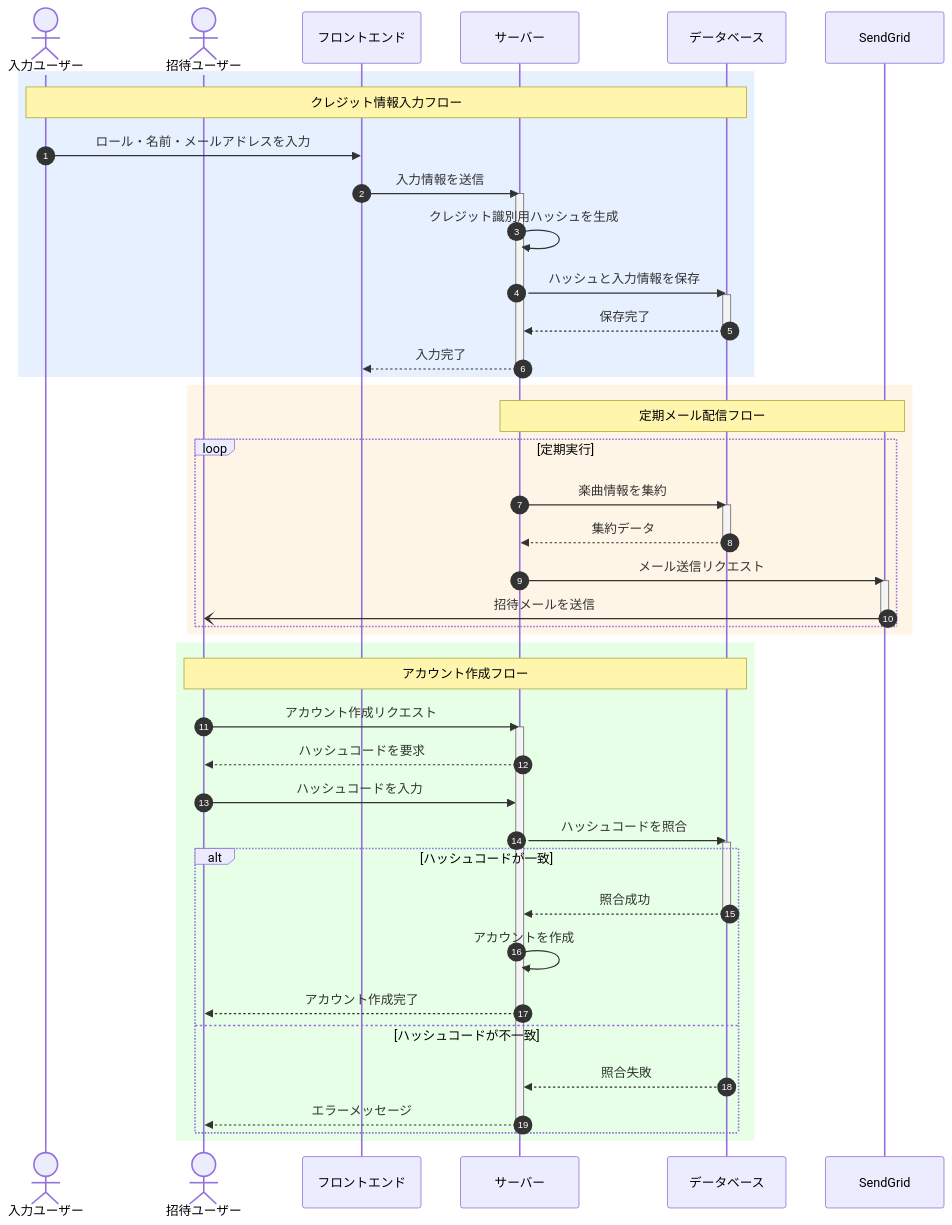
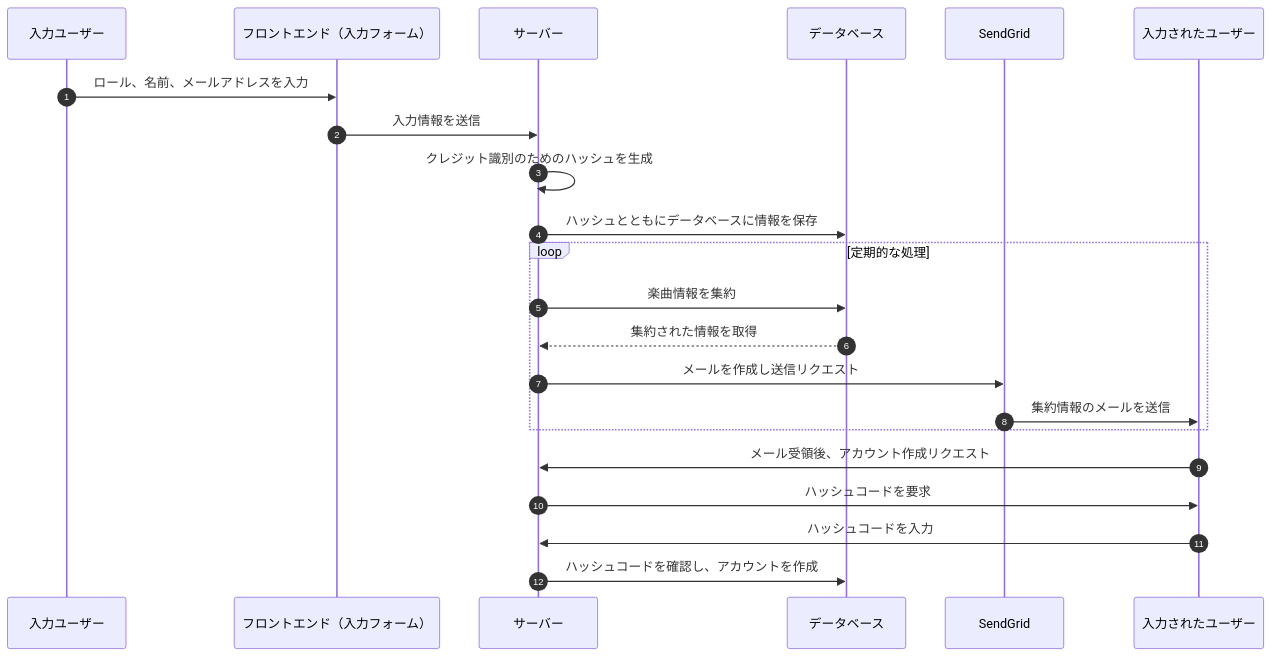
One commit to sc-hosokawa/frienda changed diagram 12 of 13 in docs/sequence-diagrams.md. Above: the diagram before and after it, drawn with Mermaid. The commit also changed other lines of this file, not shown here.

First line of the commit message:
docs: Notion図に合わせてシーケンス図を修正し景品交換フローを追加

````diff
--- a/docs/sequence-diagrams.md
+++ b/docs/sequence-diagrams.md
@@ -518,64 +474,28 @@
 ```mermaid
 sequenceDiagram
     autonumber
 
-    actor InputUser as 入力ユーザー
-    actor InvitedUser as 招待ユーザー
-    participant Frontend as フロントエンド
+    participant InputUser as 入力ユーザー
+    participant Frontend as フロントエンド（入力フォーム）
     participant Server as サーバー
     participant DB as データベース
-    participant SendGrid as SendGrid
+    participant Email as SendGrid
+    participant TargetUser as 入力されたユーザー
 
-    %% クレジット情報の入力
-    rect rgb(230, 240, 255)
-    Note over InputUser, DB: クレジット情報入力フロー
-    InputUser->>Frontend: ロール・名前・メールアドレスを入力
-    Frontend->>Server: 入力情報を送信
-    activate Server
-    Server->>Server: クレジット識別用ハッシュを生成
-    Server->>DB: ハッシュと入力情報を保存
-    activate DB
-    DB-->>Server: 保存完了
-    deactivate DB
-    Server-->>Frontend: 入力完了
-    deactivate Server
+    InputUser ->> Frontend: ロール、名前、メールアドレスを入力
+    Frontend ->> Server: 入力情報を送信
+    Server ->> Server: クレジット識別のためのハッシュを生成
+    Server ->> DB: ハッシュとともにデータベースに情報を保存
+
+    loop 定期的な処理
+        Server ->> DB: 楽曲情報を集約
+        DB -->> Server: 集約された情報を取得
+        Server ->> Email: メールを作成し送信リクエスト
+        Email ->> TargetUser: 集約情報のメールを送信
     end
 
-    %% 定期的なメール配信
-    rect rgb(255, 245, 230)
-    Note over Server, SendGrid: 定期メール配信フロー
-    loop 定期実行
-        Server->>DB: 楽曲情報を集約
-        activate DB
-        DB-->>Server: 集約データ
-        deactivate DB
-        Server->>SendGrid: メール送信リクエスト
-        activate SendGrid
-        SendGrid-)InvitedUser: 招待メールを送信
-        deactivate SendGrid
-    end
-    end
-
-    %% アカウント作成
-    rect rgb(230, 255, 230)
-    Note over InvitedUser, DB: アカウント作成フロー
-    InvitedUser->>Server: アカウント作成リクエスト
-    activate Server
-    Server-->>InvitedUser: ハッシュコードを要求
-    InvitedUser->>Server: ハッシュコードを入力
-
-    Server->>DB: ハッシュコードを照合
-    activate DB
-
-    alt ハッシュコードが一致
-        DB-->>Server: 照合成功
-        deactivate DB
-        Server->>Server: アカウントを作成
-        Server-->>InvitedUser: アカウント作成完了
-    else ハッシュコードが不一致
-        DB-->>Server: 照合失敗
-        Server-->>InvitedUser: エラーメッセージ
-    end
-    deactivate Server
-    end
+    TargetUser ->> Server: メール受領後、アカウント作成リクエスト
+    Server ->> TargetUser: ハッシュコードを要求
+    TargetUser ->> Server: ハッシュコードを入力
+    Server ->> DB: ハッシュコードを確認し、アカウントを作成
 ```
````
